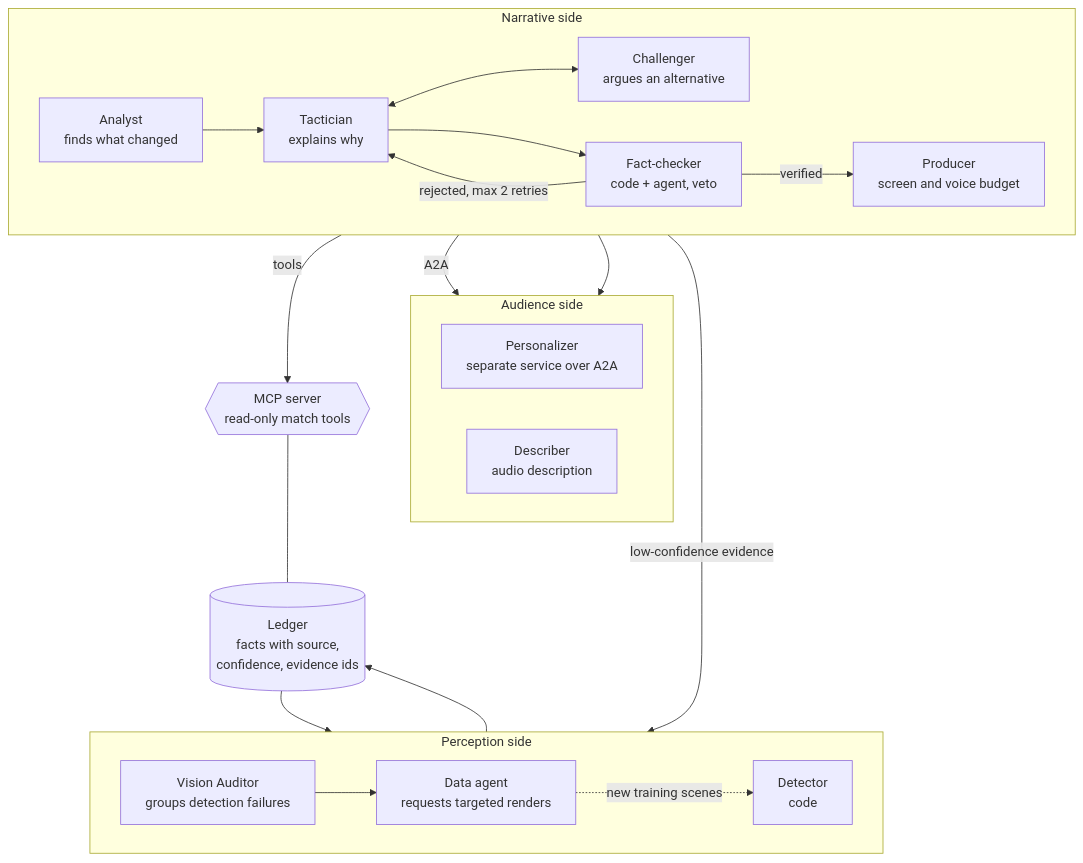
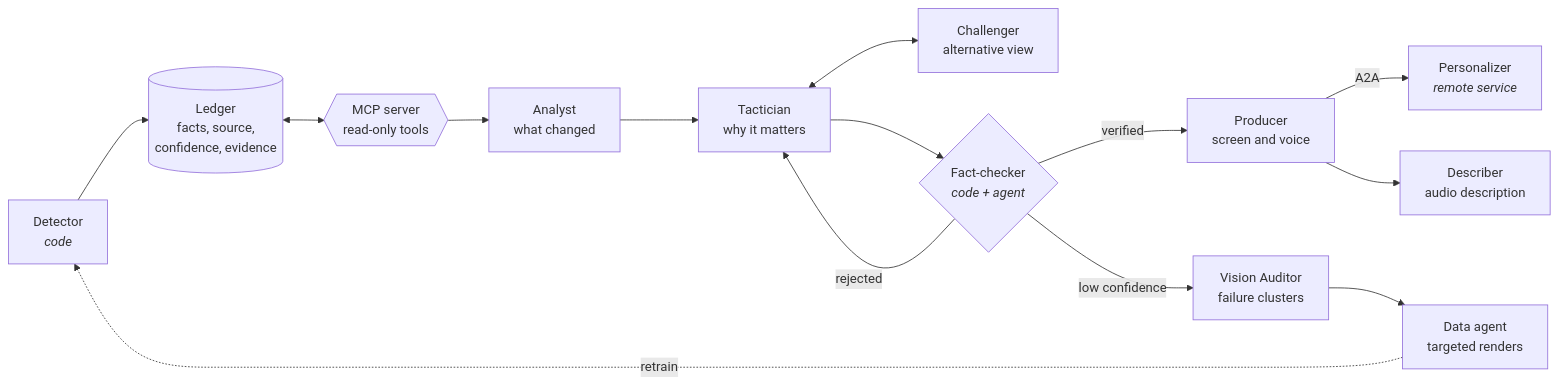
The second of 4 diagrams in docs/ARCHITECTURE.md (KLKH7/the-ninety-labs), drawn with Mermaid before and after one commit. The commit also changed other lines of this file, not shown here.

Commit message:
Architecture diagrams: simpler layouts that read at page width

````diff
--- a/docs/ARCHITECTURE.md
+++ b/docs/ARCHITECTURE.md
@@ -94,42 +59,16 @@
 ```mermaid
-flowchart TB
-    LEDGER[("Ledger<br/>facts with source,<br/>confidence, evidence ids")]
-    MCP{{"MCP server<br/>read-only match tools"}}
-
-    subgraph PERCEPTION["Perception side"]
-        direction LR
-        DETECTOR["Detector<br/>code"]
-        AUDITOR["Vision Auditor<br/>groups detection failures"]
-        DATAAGENT["Data agent<br/>requests targeted renders"]
-    end
-
-    subgraph NARRATIVE["Narrative side"]
-        direction LR
-        ANALYST["Analyst<br/>finds what changed"]
-        TACTICIAN["Tactician<br/>explains why"]
-        CHALLENGER["Challenger<br/>argues an alternative"]
-        CHECKER["Fact-checker<br/>code + agent, veto"]
-        PRODUCER["Producer<br/>screen and voice budget"]
-    end
-
-    subgraph AUDIENCE["Audience side"]
-        direction LR
-        PERSONALIZER["Personalizer<br/>separate service over A2A"]
-        DESCRIBER["Describer<br/>audio description"]
-    end
-
-    DETECTOR --> LEDGER
-    LEDGER --> AUDITOR --> DATAAGENT
-    DATAAGENT -. new training scenes .-> DETECTOR
-
-    MCP --- LEDGER
-    ANALYST -- tools --> MCP
-    ANALYST --> TACTICIAN
-    TACTICIAN <--> CHALLENGER
-    TACTICIAN --> CHECKER
-    CHECKER -- rejected, max 2 retries --> TACTICIAN
-    CHECKER -- low-confidence evidence --> AUDITOR
-    CHECKER -- verified --> PRODUCER
-    PRODUCER -- A2A --> PERSONALIZER
-    PRODUCER --> DESCRIBER
+flowchart LR
+    DETECTOR["Detector<br/><i>code</i>"] --> LEDGER[("Ledger<br/>facts, source,<br/>confidence, evidence")]
+    LEDGER <--> MCP{{"MCP server<br/>read-only tools"}}
+    MCP --> ANALYST["Analyst<br/>what changed"]
+    ANALYST --> TACTICIAN["Tactician<br/>why it matters"]
+    TACTICIAN <--> CHALLENGER["Challenger<br/>alternative view"]
+    TACTICIAN --> CHECKER{"Fact-checker<br/><i>code + agent</i>"}
+    CHECKER -- rejected --> TACTICIAN
+    CHECKER -- verified --> PRODUCER["Producer<br/>screen and voice"]
+    PRODUCER -- A2A --> PERSONALIZER["Personalizer<br/><i>remote service</i>"]
+    PRODUCER --> DESCRIBER["Describer<br/>audio description"]
+    CHECKER -- low confidence --> AUDITOR["Vision Auditor<br/>failure clusters"]
+    AUDITOR --> DATAAGENT["Data agent<br/>targeted renders"]
+    DATAAGENT -. retrain .-> DETECTOR
 ```
````
